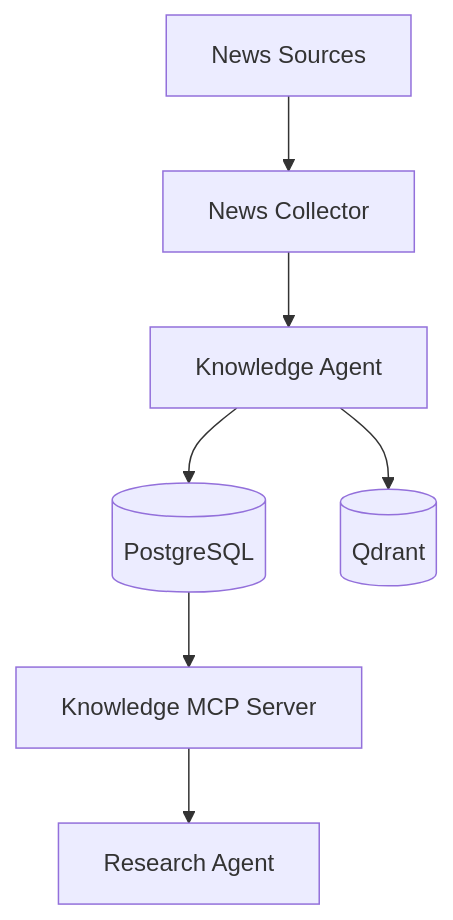
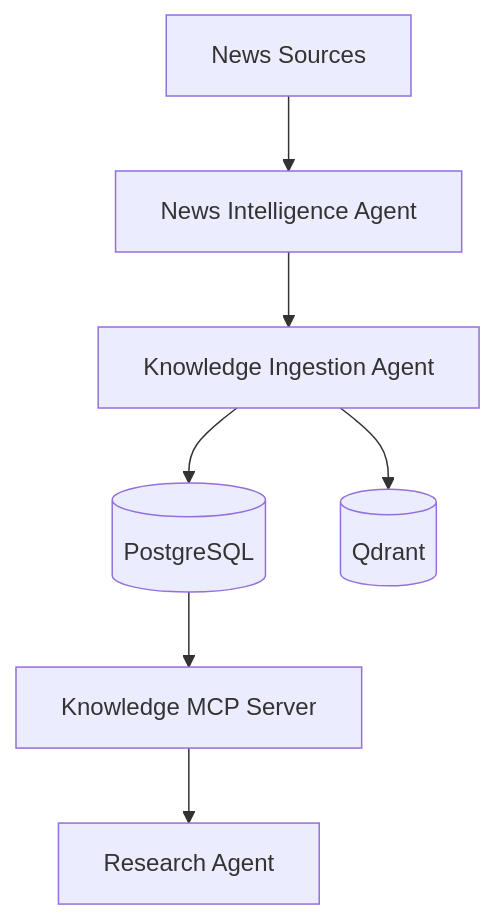
One commit to zhphoenix/docker changed the diagram in docs/design/design-document-template.md. Above: the diagram before and after it, drawn with Mermaid. The commit also changed other lines of this file and 87 other files, not shown here.

````diff
--- a/docs/design/design-document-template.md
+++ b/docs/design/design-document-template.md
@@ -106,9 +106,9 @@
 ```mermaid
 graph TB
-    A[News Sources] --> B[News Collector]
-    B --> C[Knowledge Agent]
+    A[News Sources] --> B[News Intelligence Agent]
+    B --> C[Knowledge Ingestion Agent]
     C --> D[(PostgreSQL)]
     C --> E[(Qdrant)]
     D --> F[Knowledge MCP Server]
     F --> G[Research Agent]
 ```
````
